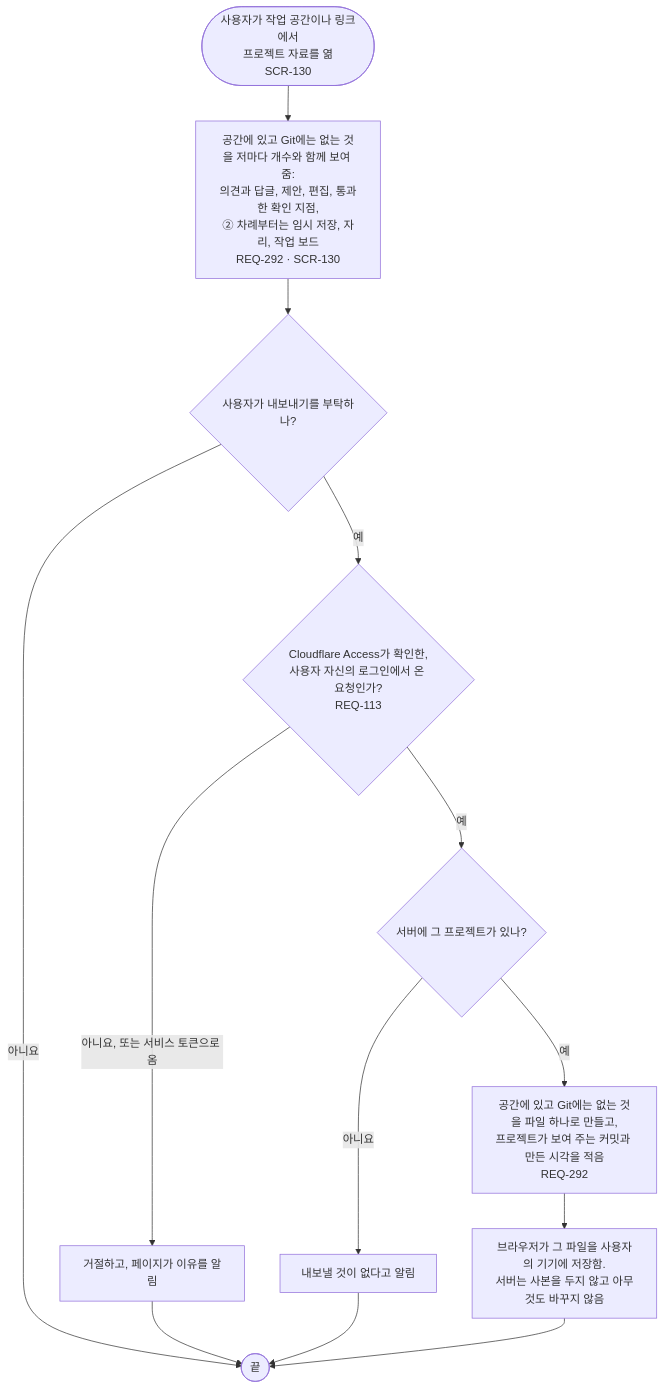
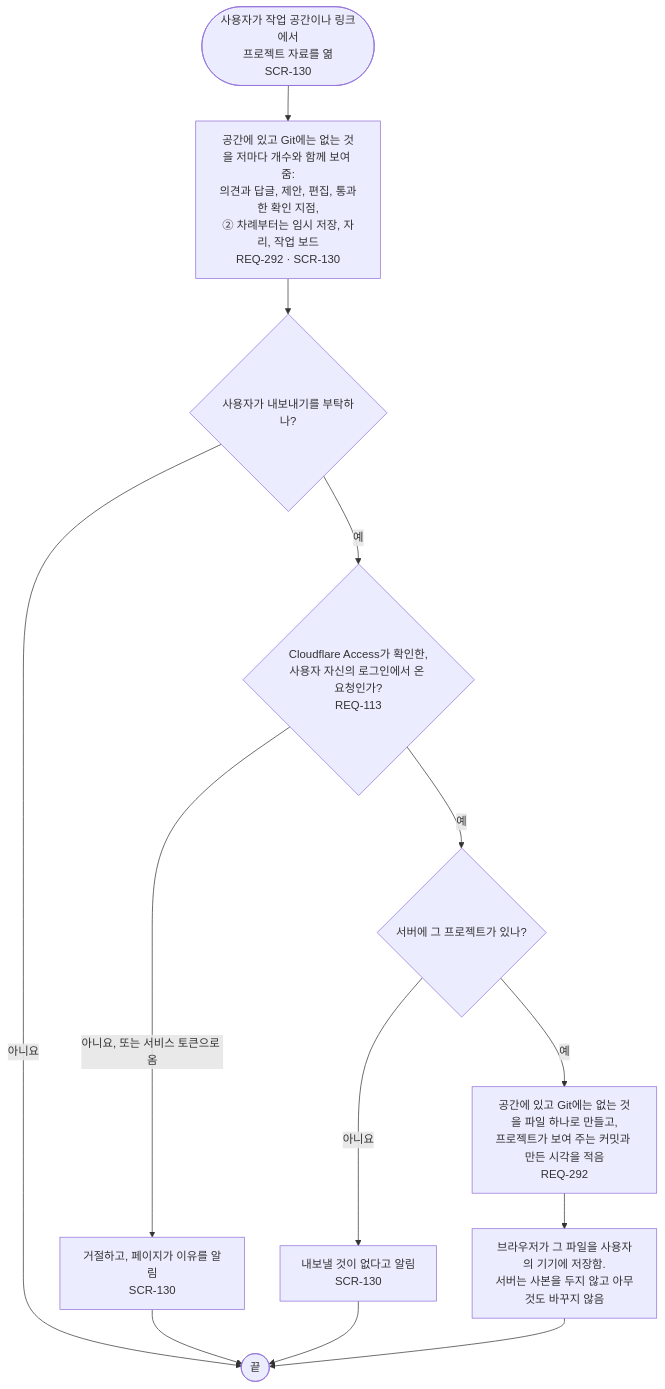
The diagram in docs/03-user-flow/nexus/FL-127-export-a-project-space.ko.md (kodonghui/corthex-nexus), drawn with Mermaid before and after one commit. The commit also changed 22 other files, not shown here.

````diff
--- a/docs/03-user-flow/nexus/FL-127-export-a-project-space.ko.md
+++ b/docs/03-user-flow/nexus/FL-127-export-a-project-space.ko.md
@@ -9,15 +9,15 @@
 ```mermaid
 flowchart TD
   A(["사용자가 작업 공간이나 링크에서<br/>프로젝트 자료를 엶<br/>SCR-130"]) --> B["공간에 있고 Git에는 없는 것을 저마다 개수와 함께 보여 줌:<br/>의견과 답글, 제안, 편집, 통과한 확인 지점,<br/>② 차례부터는 임시 저장, 자리, 작업 보드<br/>REQ-292 · SCR-130"]
   B --> C{"사용자가 내보내기를 부탁하나?"}
   C -->|아니요| Z(["끝"])
   C -->|예| D{"Cloudflare Access가 확인한,<br/>사용자 자신의 로그인에서 온 요청인가?<br/>REQ-113"}
-  D -->|아니요, 또는 서비스 토큰으로 옴| D1["거절하고, 페이지가 이유를 알림"]
+  D -->|아니요, 또는 서비스 토큰으로 옴| D1["거절하고, 페이지가 이유를 알림<br/>SCR-130"]
   D1 --> Z
   D -->|예| E{"서버에 그 프로젝트가 있나?"}
-  E -->|아니요| E1["내보낼 것이 없다고 알림"]
+  E -->|아니요| E1["내보낼 것이 없다고 알림<br/>SCR-130"]
   E1 --> Z
   E -->|예| F["공간에 있고 Git에는 없는 것을 파일 하나로 만들고,<br/>프로젝트가 보여 주는 커밋과 만든 시각을 적음<br/>REQ-292"]
   F --> G["브라우저가 그 파일을 사용자의 기기에 저장함.<br/>서버는 사본을 두지 않고 아무것도 바꾸지 않음"]
   G --> Z
 ```
````
